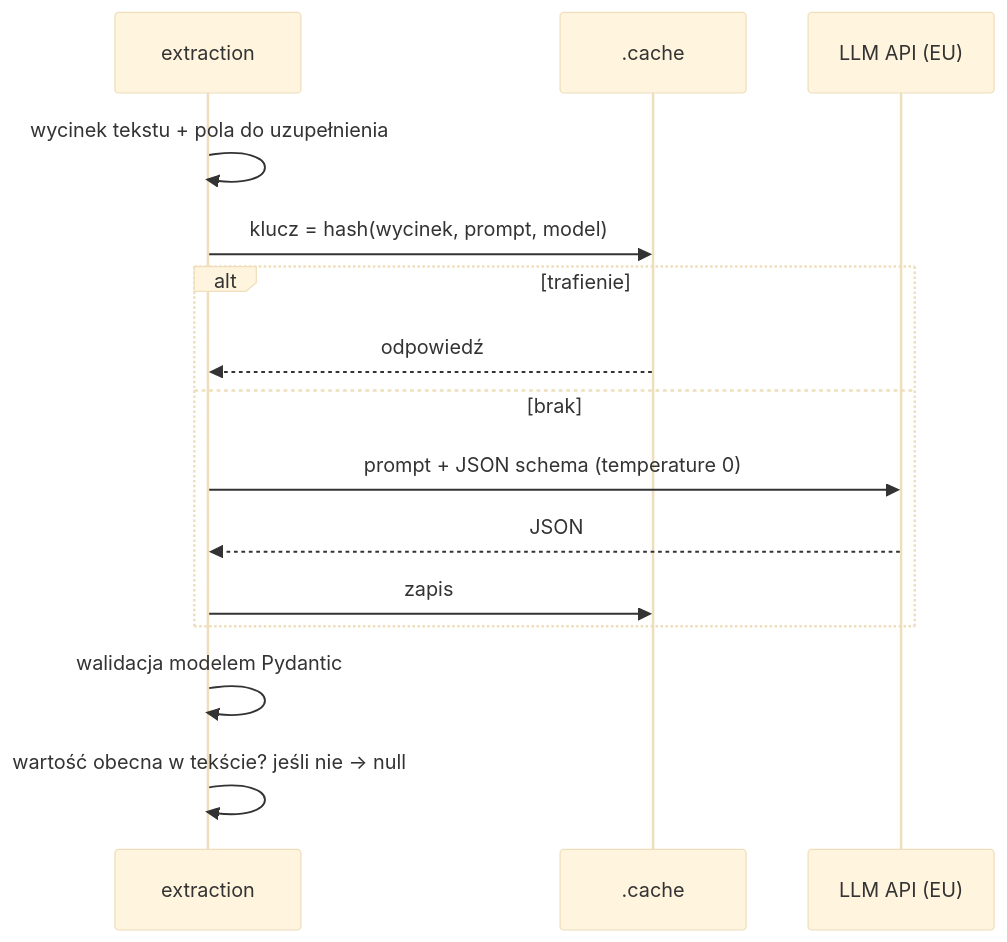
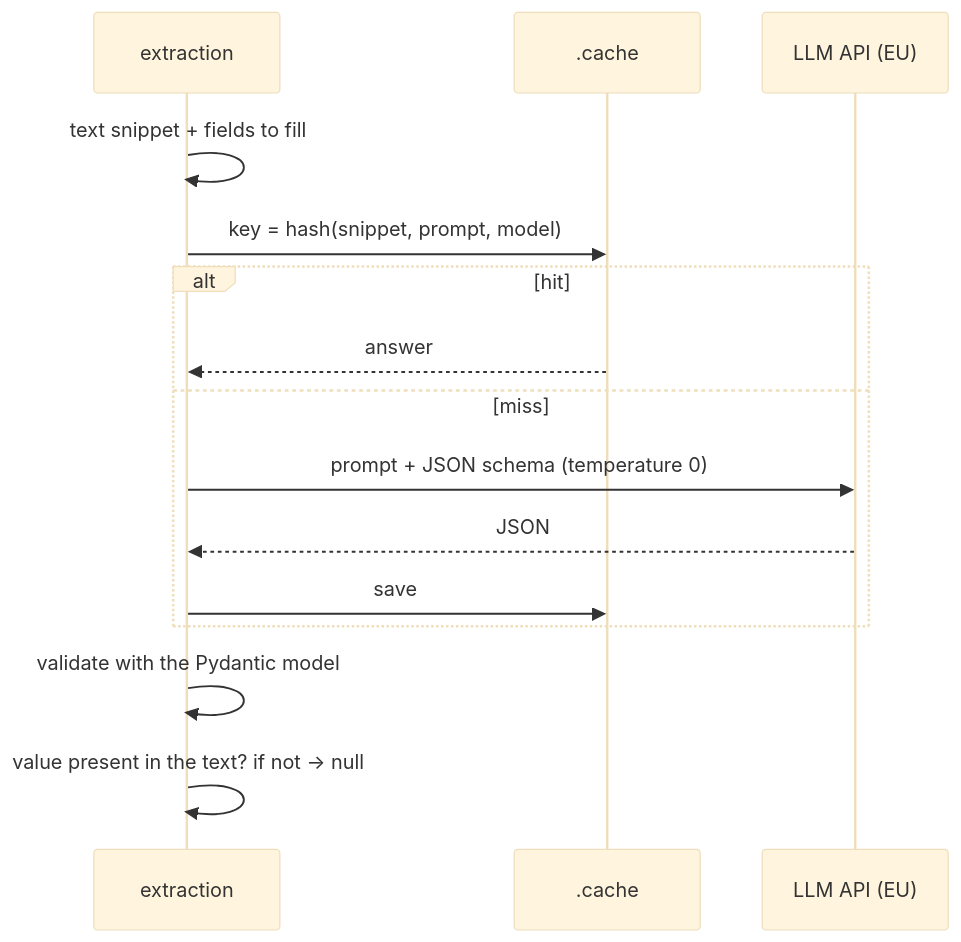
Before and after one commit to witold-nowogorski/hacknation--2026: the fourth of 5 diagrams in docs/architecture.md, drawn with Mermaid (base theme). The commit also changed other lines of this file and 7 other files, not shown here.

````diff
--- a/docs/architecture.md
+++ b/docs/architecture.md
@@ -189,17 +207,17 @@
 ```mermaid
 sequenceDiagram
     participant X as extraction
     participant C as .cache
     participant API as LLM API (EU)
-    X->>X: wycinek tekstu + pola do uzupełnienia
-    X->>C: klucz = hash(wycinek, prompt, model)
-    alt trafienie
-        C-->>X: odpowiedź
-    else brak
+    X->>X: text snippet + fields to fill
+    X->>C: key = hash(snippet, prompt, model)
+    alt hit
+        C-->>X: answer
+    else miss
         X->>API: prompt + JSON schema (temperature 0)
         API-->>X: JSON
-        X->>C: zapis
+        X->>C: save
     end
-    X->>X: walidacja modelem Pydantic
-    X->>X: wartość obecna w tekście? jeśli nie → null
+    X->>X: validate with the Pydantic model
+    X->>X: value present in the text? if not → null
 ```
````
